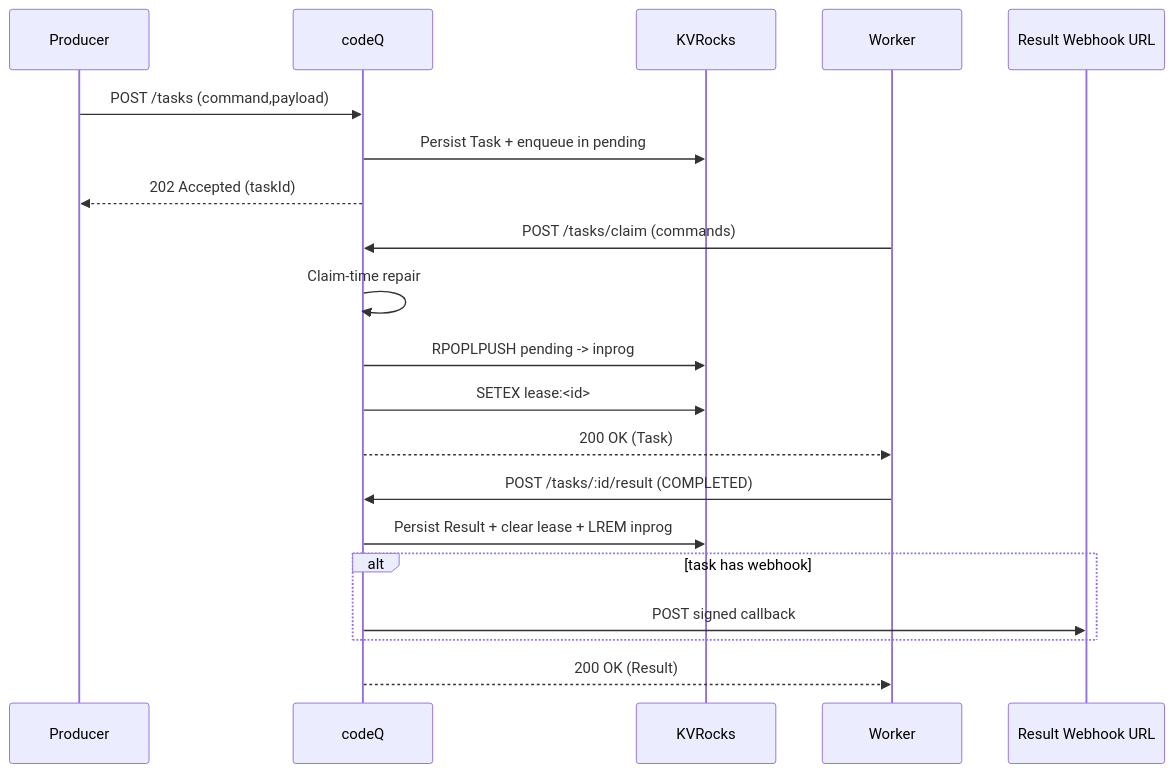
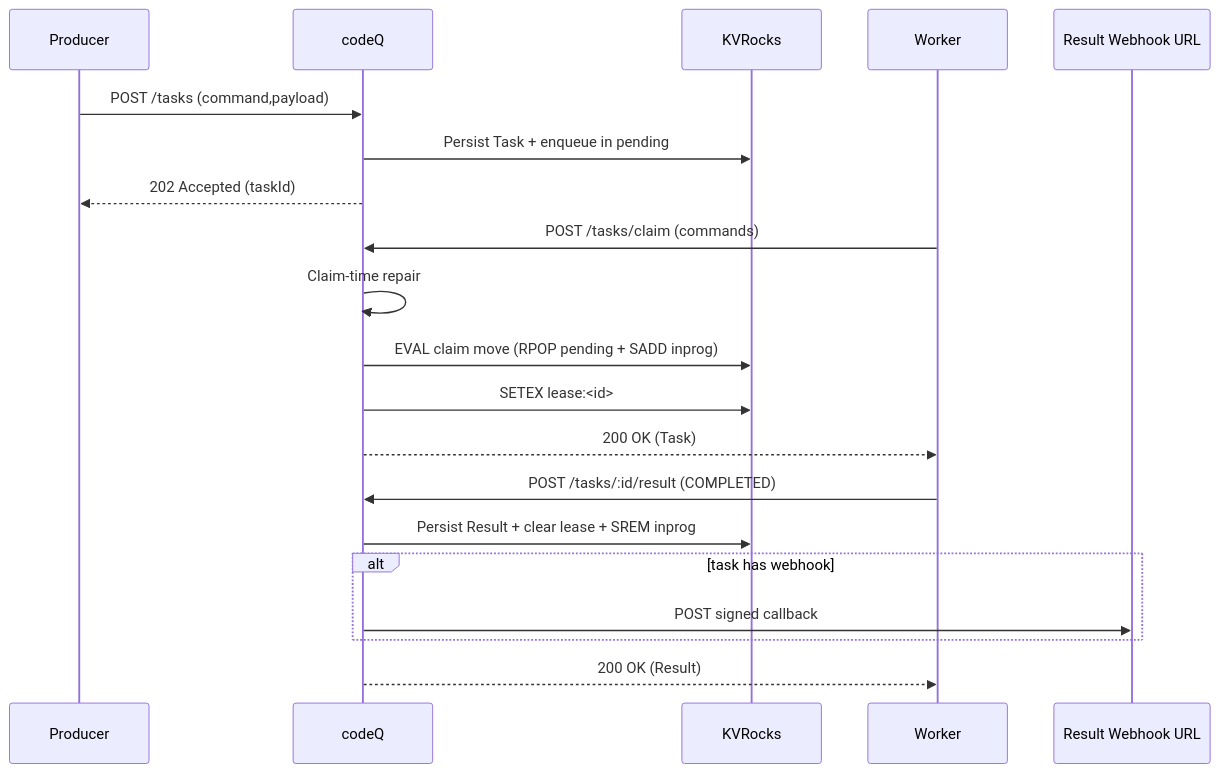
One commit to osvaldoandrade/codeq changed the diagram in wiki/Use-Cases-Enqueue-Claim-Complete.md. Above: the diagram before and after it, drawn with Mermaid. The commit also changed 23 other files, not shown here.

First line of the commit message:
perf: optimize claim-time repair loop

````diff
--- a/wiki/Use-Cases-Enqueue-Claim-Complete.md
+++ b/wiki/Use-Cases-Enqueue-Claim-Complete.md
@@ -22,25 +22,25 @@
 ```mermaid
 sequenceDiagram
   participant P as Producer
   participant Q as codeQ
   participant K as KVRocks
   participant W as Worker
   participant H as Result Webhook URL
 
   P->>Q: POST /tasks (command,payload)
   Q->>K: Persist Task + enqueue in pending
   Q-->>P: 202 Accepted (taskId)
 
-  W->>Q: POST /tasks/claim (commands)
-  Q->>Q: Claim-time repair
-  Q->>K: RPOPLPUSH pending -> inprog
-  Q->>K: SETEX lease:<id>
-  Q-->>W: 200 OK (Task)
+	  W->>Q: POST /tasks/claim (commands)
+	  Q->>Q: Claim-time repair
+	  Q->>K: EVAL claim move (RPOP pending + SADD inprog)
+	  Q->>K: SETEX lease:<id>
+	  Q-->>W: 200 OK (Task)
 
-  W->>Q: POST /tasks/:id/result (COMPLETED)
-  Q->>K: Persist Result + clear lease + LREM inprog
-  alt task has webhook
-    Q->>H: POST signed callback
-  end
-  Q-->>W: 200 OK (Result)
+	  W->>Q: POST /tasks/:id/result (COMPLETED)
+	  Q->>K: Persist Result + clear lease + SREM inprog
+	  alt task has webhook
+	    Q->>H: POST signed callback
+	  end
+	  Q-->>W: 200 OK (Result)
 ```
````
